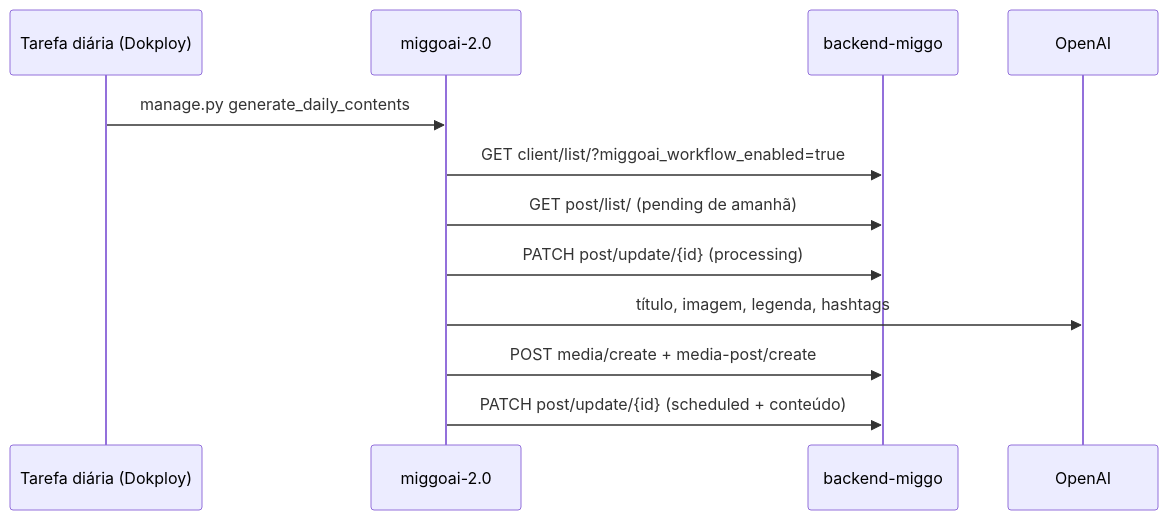
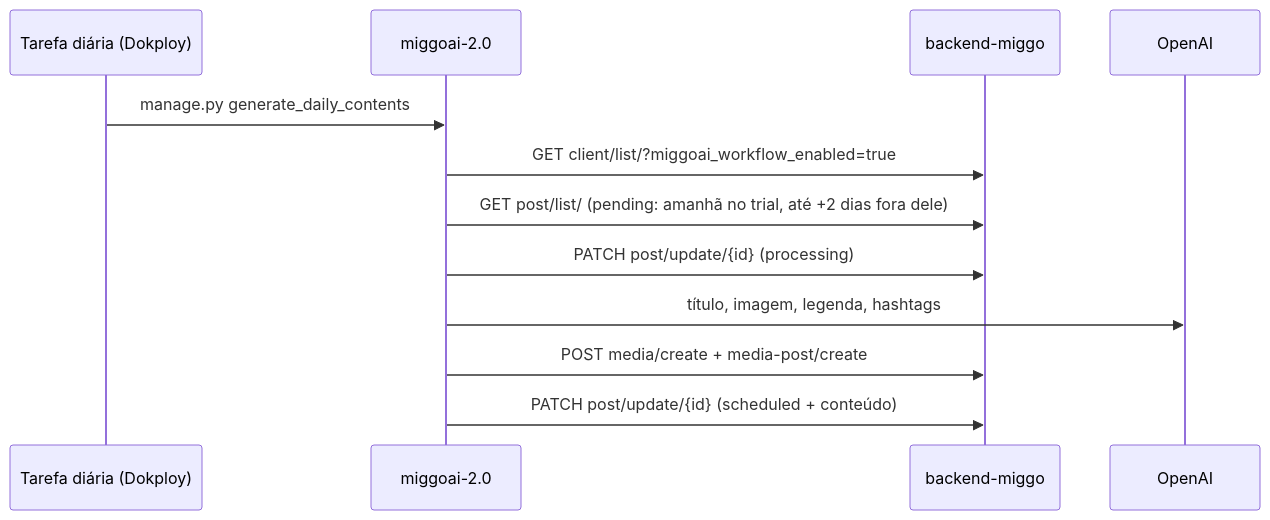
Before and after one commit to aliverso01/mintlify-docs: the third of 5 diagrams in arquitetura/fluxos.mdx, drawn with Mermaid. The commit also changed 3 other files, not shown here.

````diff
--- a/arquitetura/fluxos.mdx
+++ b/arquitetura/fluxos.mdx
@@ -60,15 +60,15 @@
 ```mermaid
 sequenceDiagram
     participant CRON as Tarefa diária (Dokploy)
     participant AI as miggoai-2.0
     participant BE as backend-miggo
     participant OAI as OpenAI
 
     CRON->>AI: manage.py generate_daily_contents
     AI->>BE: GET client/list/?miggoai_workflow_enabled=true
-    AI->>BE: GET post/list/ (pending de amanhã)
+    AI->>BE: GET post/list/ (pending: amanhã no trial, até +2 dias fora dele)
     AI->>BE: PATCH post/update/{id} (processing)
     AI->>OAI: título, imagem, legenda, hashtags
     AI->>BE: POST media/create + media-post/create
     AI->>BE: PATCH post/update/{id} (scheduled + conteúdo)
 ```
````
